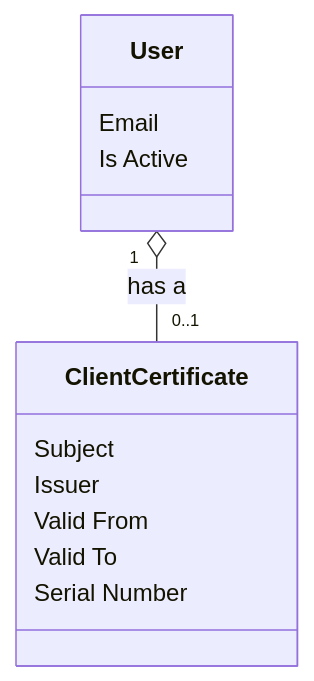
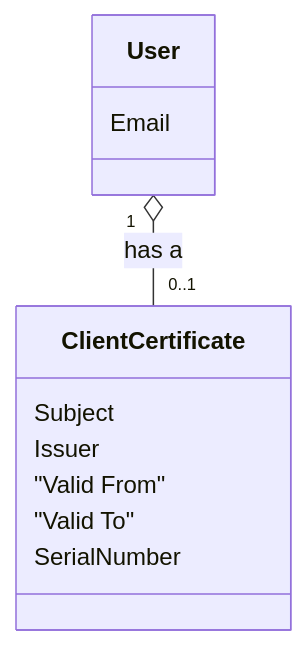
One commit to TirsvadWeb/DotNet.Portfolio changed the first of 6 diagrams in docs/UseCases/UC001/Artifacts.md. Above: the diagram before and after it, drawn with Mermaid. The commit also changed other lines of this file and 100 other files, not shown here.

````diff
--- a/docs/UseCases/UC001/Artifacts.md
+++ b/docs/UseCases/UC001/Artifacts.md
@@ -37,17 +41,17 @@
 ```mermaid
 classDiagram
     class User {
         Email
-        Is Active
     }
 
     class ClientCertificate {
         Subject
         Issuer
-        Valid From
-        Valid To
-        Serial Number
+        "Valid From"
+        "Valid To"
+        SerialNumber
     }
 
+    %% Relations
     User "1" o-- "0..1" ClientCertificate : has a
 ```
````
